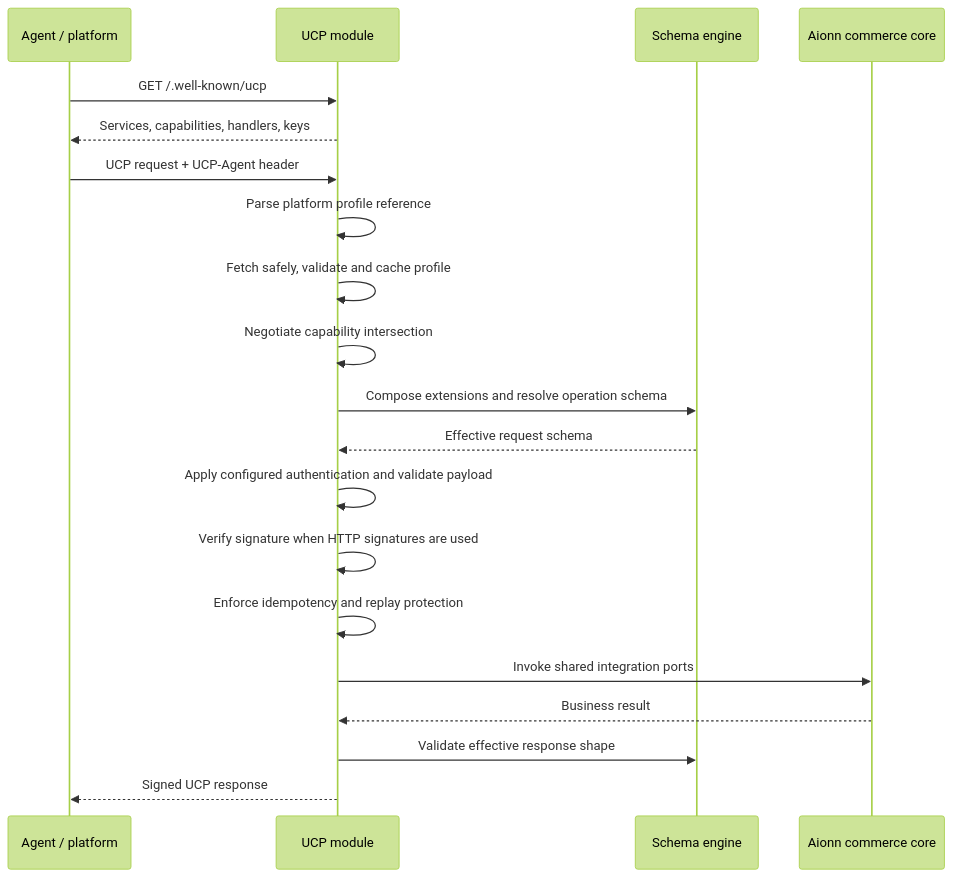
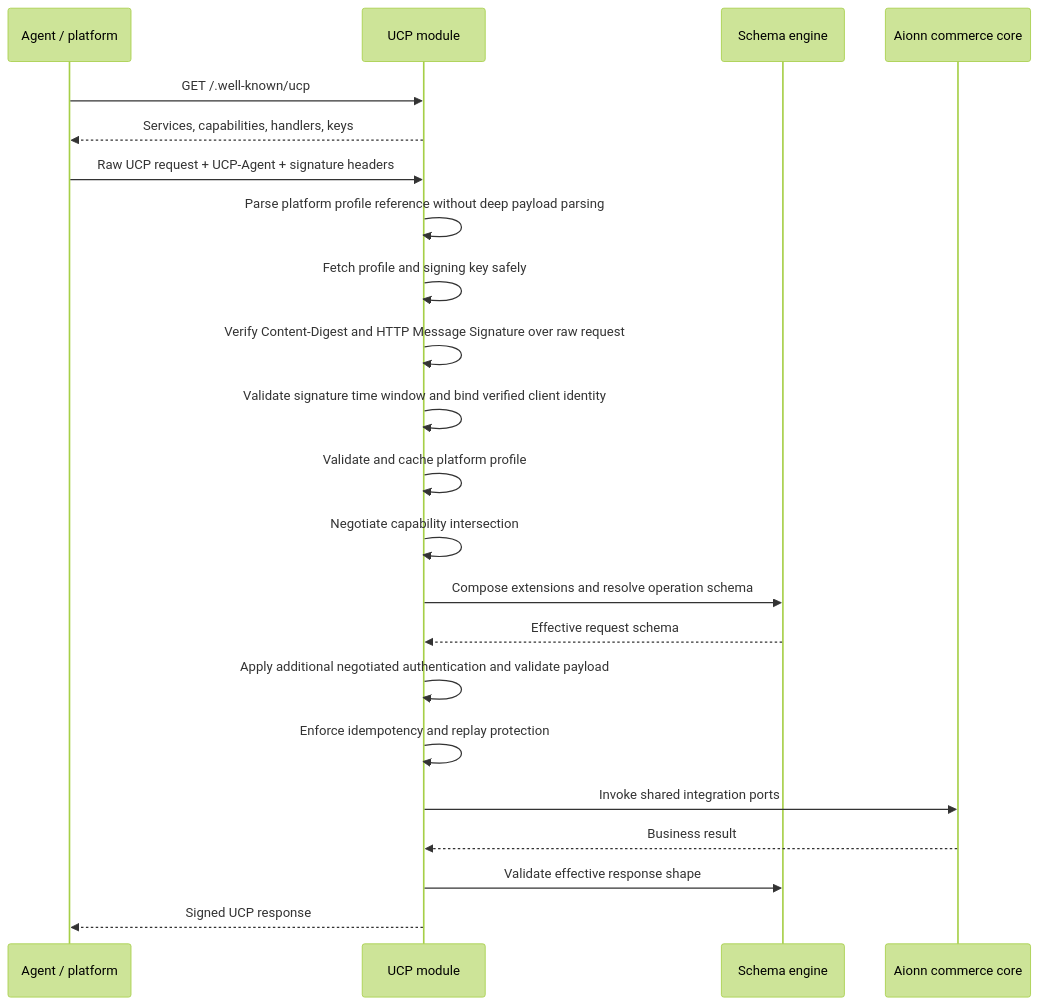
Before and after one commit to Aionn-Ecommerce-Platform/aionn-modulith-backend: the third of 7 diagrams in document/ucp-architecture.md, drawn with Mermaid (forest theme). The commit also changed other lines of this file and 5 other files, not shown here.

````diff
--- a/document/ucp-architecture.md
+++ b/document/ucp-architecture.md
@@ -173,23 +173,25 @@
 ```mermaid
 sequenceDiagram
     participant P as Agent / platform
     participant U as UCP module
     participant S as Schema engine
     participant C as Aionn commerce core
 
     P->>U: GET /.well-known/ucp
     U-->>P: Services, capabilities, handlers, keys
-    P->>U: UCP request + UCP-Agent header
-    U->>U: Parse platform profile reference
-    U->>U: Fetch safely, validate and cache profile
+    P->>U: Raw UCP request + UCP-Agent + signature headers
+    U->>U: Parse platform profile reference without deep payload parsing
+    U->>U: Fetch profile and signing key safely
+    U->>U: Verify Content-Digest and HTTP Message Signature over raw request
+    U->>U: Validate signature time window and bind verified client identity
+    U->>U: Validate and cache platform profile
     U->>U: Negotiate capability intersection
     U->>S: Compose extensions and resolve operation schema
     S-->>U: Effective request schema
-    U->>U: Apply configured authentication and validate payload
-    U->>U: Verify signature when HTTP signatures are used
+    U->>U: Apply additional negotiated authentication and validate payload
     U->>U: Enforce idempotency and replay protection
     U->>C: Invoke shared integration ports
     C-->>U: Business result
     U->>S: Validate effective response shape
     U-->>P: Signed UCP response
 ```
````
